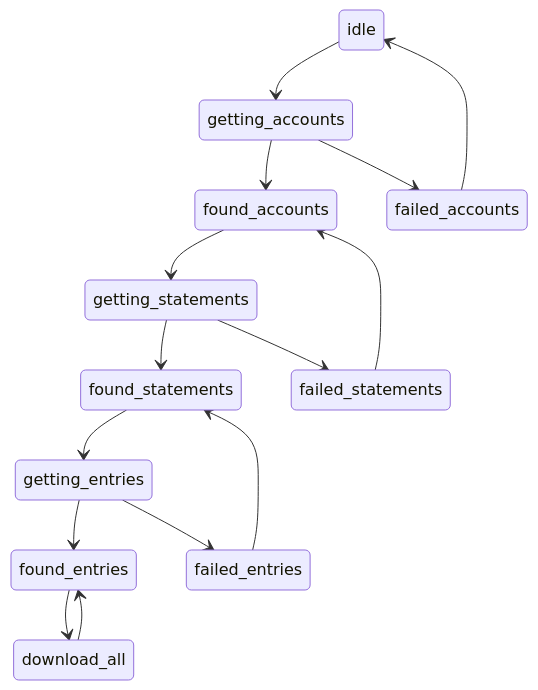
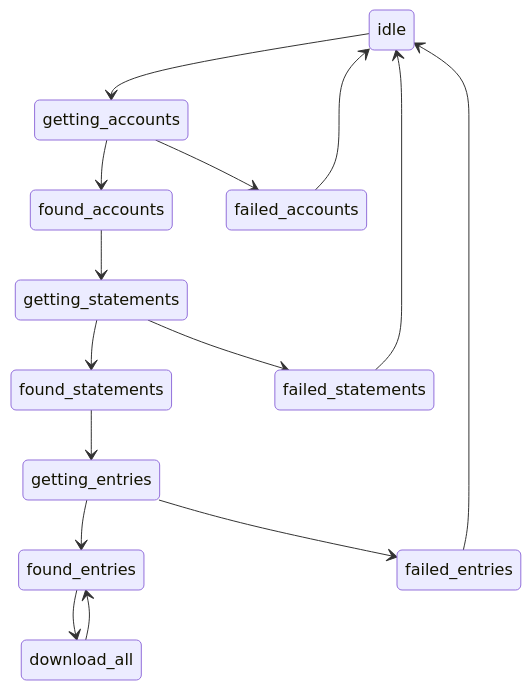
The diagram in ARCH.md (shuckster/OBIS), drawn with Mermaid before and after one commit.

Commit message:
docs: ARCH state-chart was out-of-date

````diff
--- a/ARCH.md
+++ b/ARCH.md
@@ -14,27 +14,27 @@
 ```mermaid
-stateDiagram
-%% Happy path
-%%
-  idle --> getting_accounts
-  getting_accounts --> found_accounts
-  found_accounts --> getting_statements
-  getting_statements --> found_statements
-  found_statements --> getting_entries
-  getting_entries --> found_entries
 
-%% Downloading Zip
-%%
-  found_entries --> download_all
-  download_all --> found_entries
+stateDiagram-v2
+  %% Happy path
+  %%
+    idle --> getting_accounts
+    getting_accounts --> found_accounts
+    found_accounts --> getting_statements
+    getting_statements --> found_statements
+    found_statements --> getting_entries
+    getting_entries --> found_entries
 
-%% Failures
-%%
-  getting_accounts --> failed_accounts
+  %% Downloading Zip
+  %%
+    found_entries --> download_all
+    download_all --> found_entries
+
+  %% Failures
+  %%
+    getting_accounts --> failed_accounts
     failed_accounts --> idle
+    getting_statements --> failed_statements
+    failed_statements --> idle
+    getting_entries --> failed_entries
+    failed_entries --> idle
 
-  getting_statements --> failed_statements
-    failed_statements --> found_accounts
-
-  getting_entries --> failed_entries
-    failed_entries --> found_statements
 ```
````
